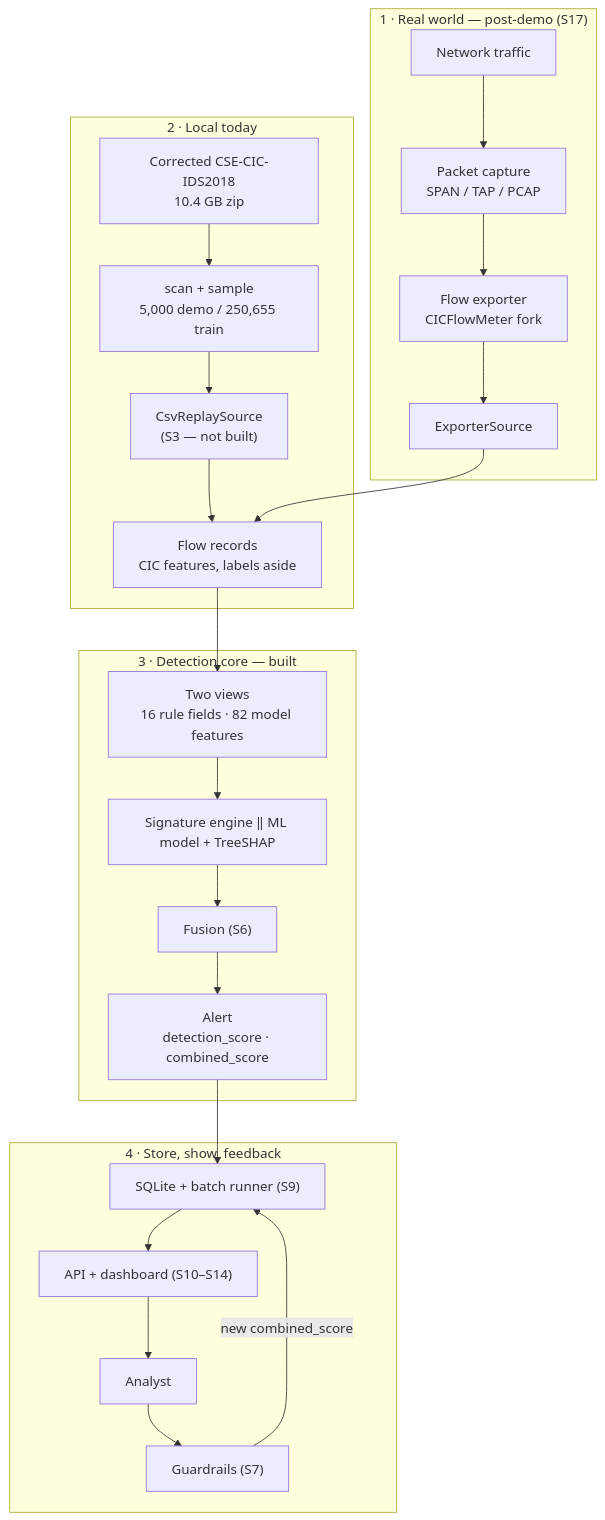
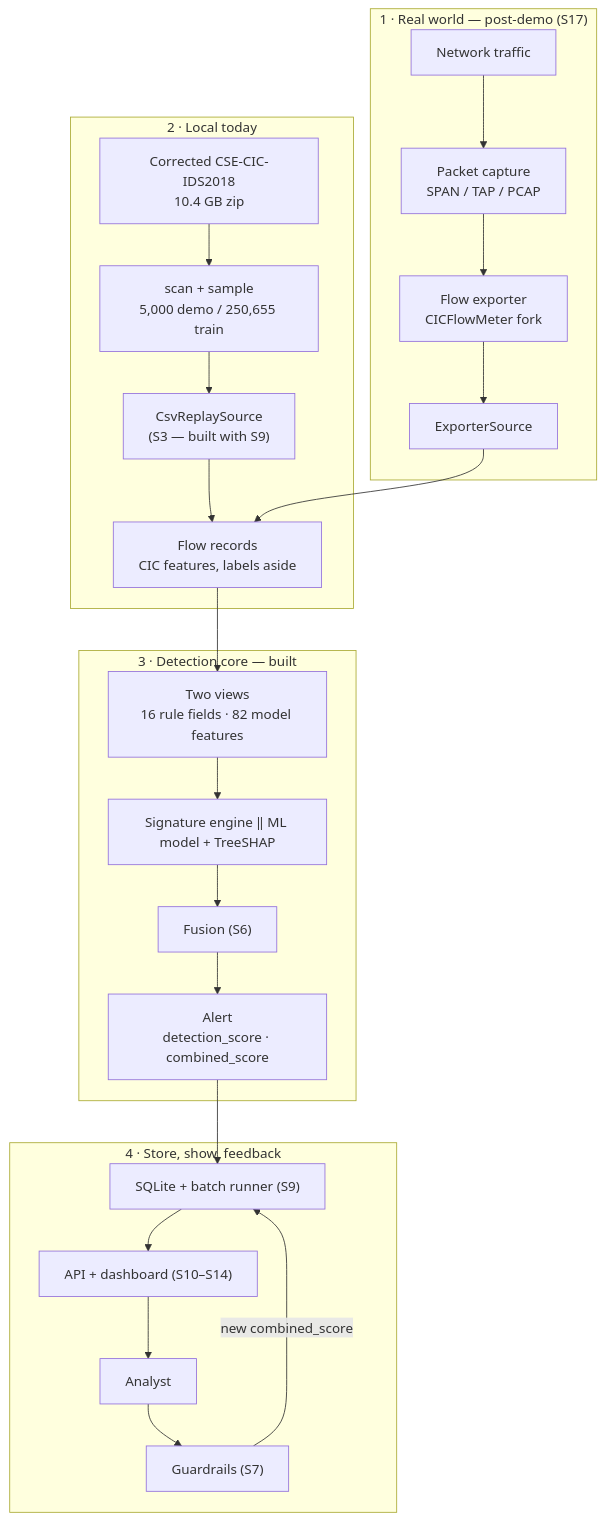
The diagram in hitl-ids/docs/system-workflow.md (CSIT-321/CSIT321-Human-in-the-loop_IDS), drawn with Mermaid before and after one commit. The commit also changed other lines of this file and 29 other files, not shown here.

````diff
--- a/hitl-ids/docs/system-workflow.md
+++ b/hitl-ids/docs/system-workflow.md
@@ -46,19 +46,19 @@
 ```mermaid
 flowchart TB
     subgraph RW["1 · Real world — post-demo (S17)"]
         N["Network traffic"] --> PC["Packet capture<br/>SPAN / TAP / PCAP"] --> EX["Flow exporter<br/>CICFlowMeter fork"] --> ES["ExporterSource"]
     end
     subgraph LT["2 · Local today"]
-        Z["Corrected CSE-CIC-IDS2018<br/>10.4 GB zip"] --> SM["scan + sample<br/>5,000 demo / 250,655 train"] --> CR["CsvReplaySource<br/>(S3 — not built)"] --> FR["Flow records<br/>CIC features, labels aside"]
+        Z["Corrected CSE-CIC-IDS2018<br/>10.4 GB zip"] --> SM["scan + sample<br/>5,000 demo / 250,655 train"] --> CR["CsvReplaySource<br/>(S3 — built with S9)"] --> FR["Flow records<br/>CIC features, labels aside"]
     end
     ES --> FR
     subgraph DC["3 · Detection core — built"]
         V["Two views<br/>16 rule fields · 82 model features"] --> D["Signature engine ‖ ML model + TreeSHAP"] --> F["Fusion (S6)"] --> A["Alert<br/>detection_score · combined_score"]
     end
     FR --> V
     subgraph HL["4 · Store, show, feedback"]
         DB["SQLite + batch runner (S9)"] --> UI["API + dashboard (S10–S14)"] --> AN["Analyst"] --> G["Guardrails (S7)"]
     end
     A --> DB
     G -->|"new combined_score"| DB
 ```
````
